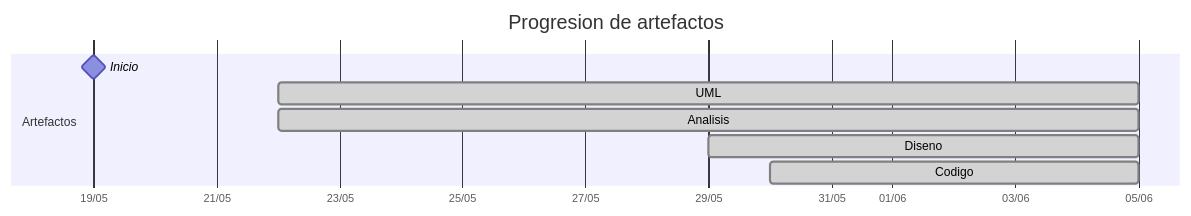
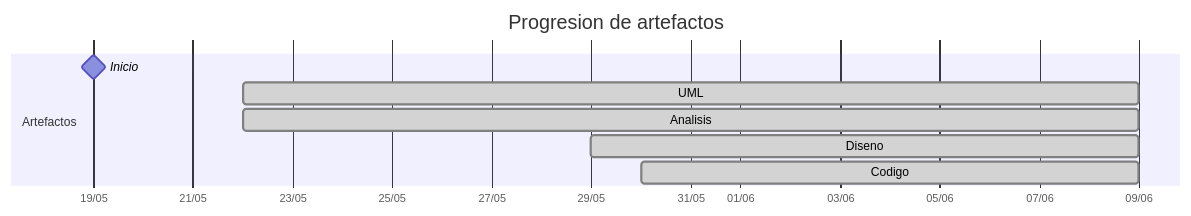
Before and after one commit to mmasias/25-26-idsw2-sdVC: the diagram in TIMELINES/31Diego.md, drawn with Mermaid. The commit also changed other lines of this file and 7 other files, not shown here.

````diff
--- a/TIMELINES/31Diego.md
+++ b/TIMELINES/31Diego.md
@@ -19,12 +19,12 @@
 ```mermaid
 gantt
     title Progresion de artefactos
     dateFormat YYYY-MM-DD
     axisFormat %d/%m
     section Artefactos
         Inicio       :milestone, 2026-05-19, 0d
-        UML          :done, 2026-05-22, 2026-06-05
-        Analisis     :done, 2026-05-22, 2026-06-05
-        Diseno       :done, 2026-05-29, 2026-06-05
-        Codigo       :done, 2026-05-30, 2026-06-05
+        UML          :done, 2026-05-22, 2026-06-09
+        Analisis     :done, 2026-05-22, 2026-06-09
+        Diseno       :done, 2026-05-29, 2026-06-09
+        Codigo       :done, 2026-05-30, 2026-06-09
 ```
````
